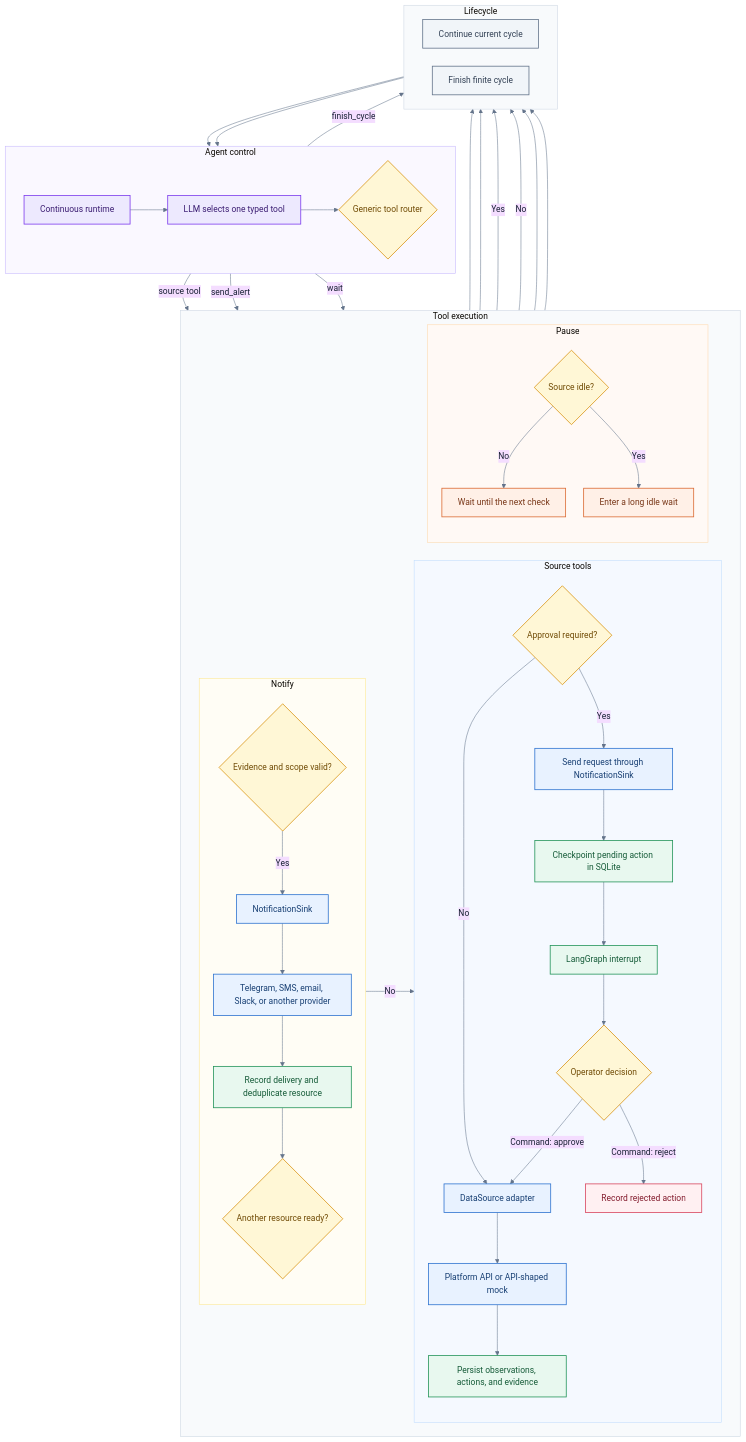
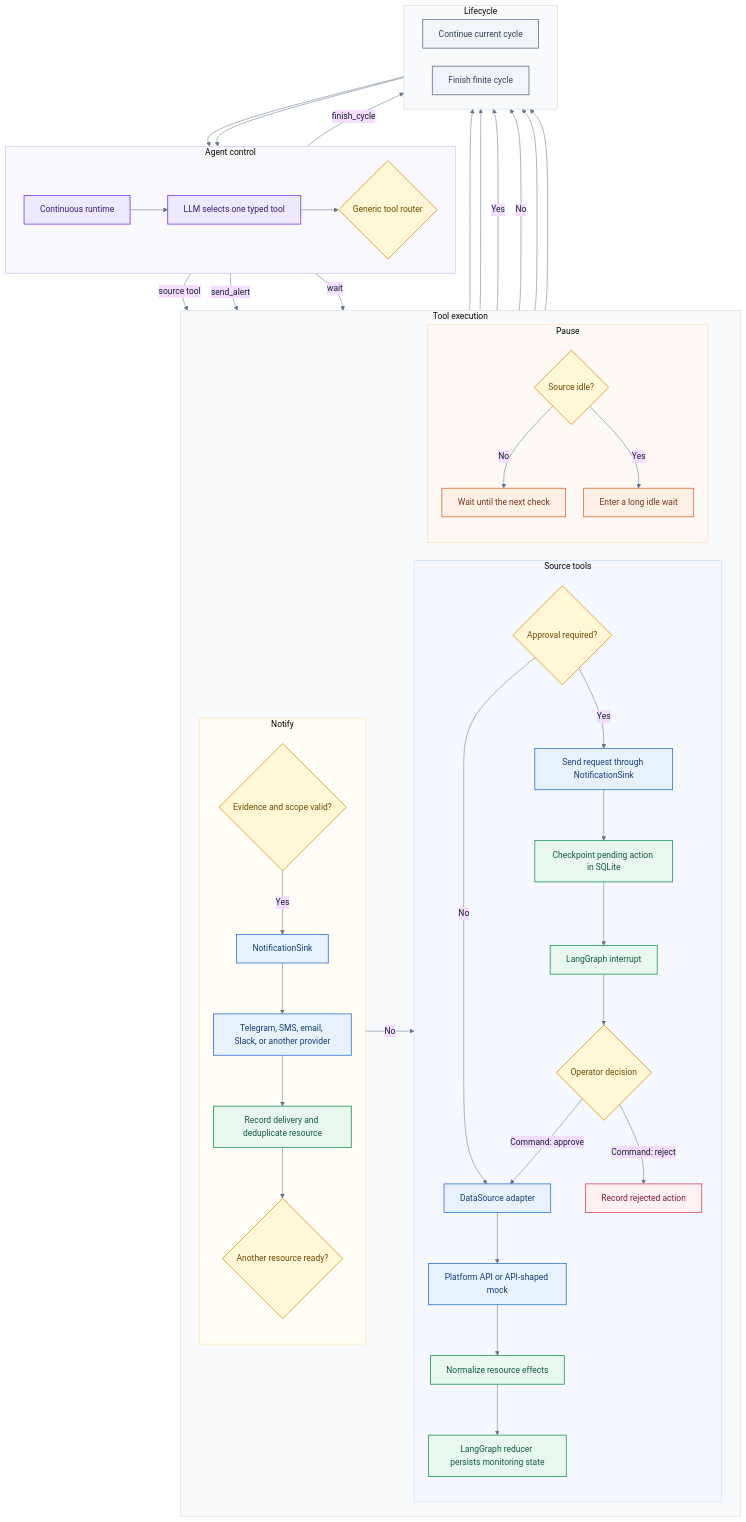
One commit to Blacksuan19/eventpilot changed the diagram in README.md. Above: the diagram before and after it, drawn with Mermaid. The commit also changed other lines of this file and 2 other files, not shown here.

First line of the commit message:
docs: describe graph-owned monitoring state

```diff
--- a/README.md
+++ b/README.md
@@ -56,7 +57,8 @@
             operator -->|Command: reject| rejected
             approval -->|No| source
             source[DataSource adapter] --> api[Platform API or API-shaped mock]
-            api --> outcome[Persist observations, actions, and evidence]
+            api --> effects[Normalize resource effects]
+            effects --> outcome[LangGraph reducer persists monitoring state]
         end
 
         subgraph notify[Notify]
@@ -107,7 +109,7 @@
     class runtime,agent controlNode;
     class router,approval,operator,validate,ready,mode decisionNode;
     class source,api,approval_message,sink,channel integrationNode;
-    class checkpoint,paused,outcome,delivered stateNode;
+    class checkpoint,paused,effects,outcome,delivered stateNode;
     class active_wait,idle_wait actionNode;
     class next_turn,cycle_end lifecycleNode;
     class rejected dangerNode;
```
